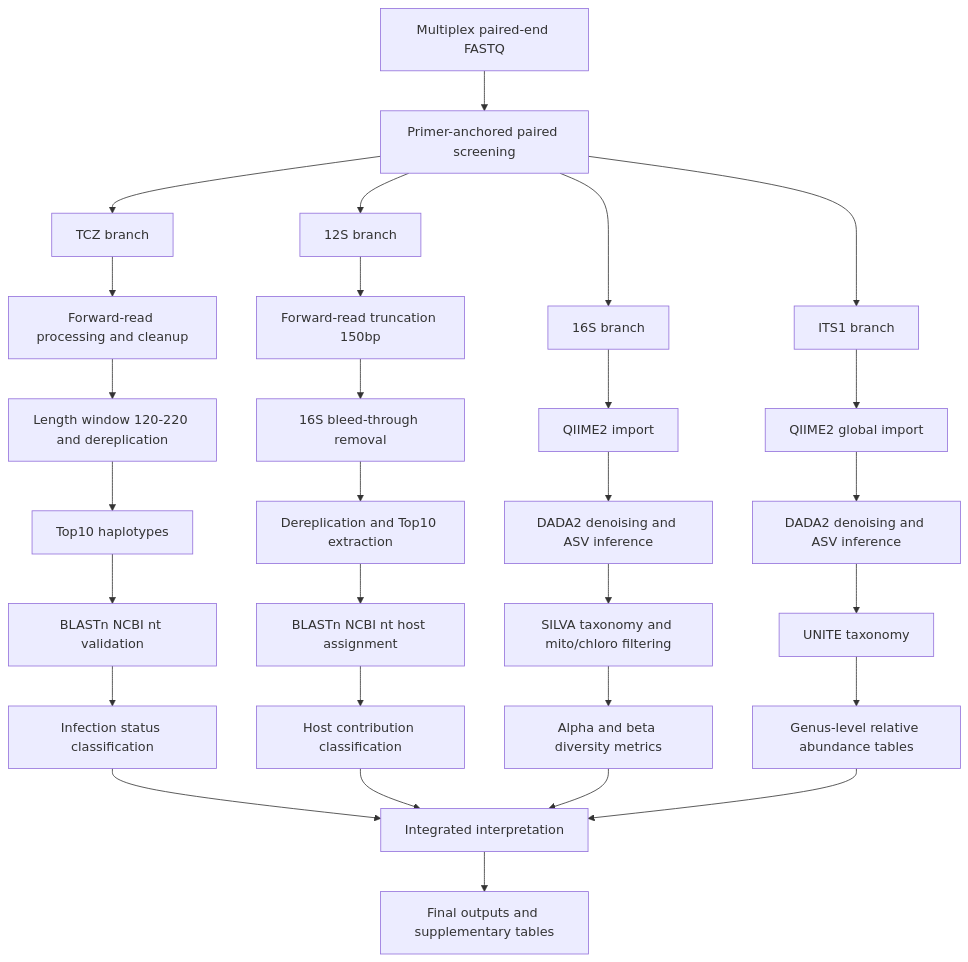
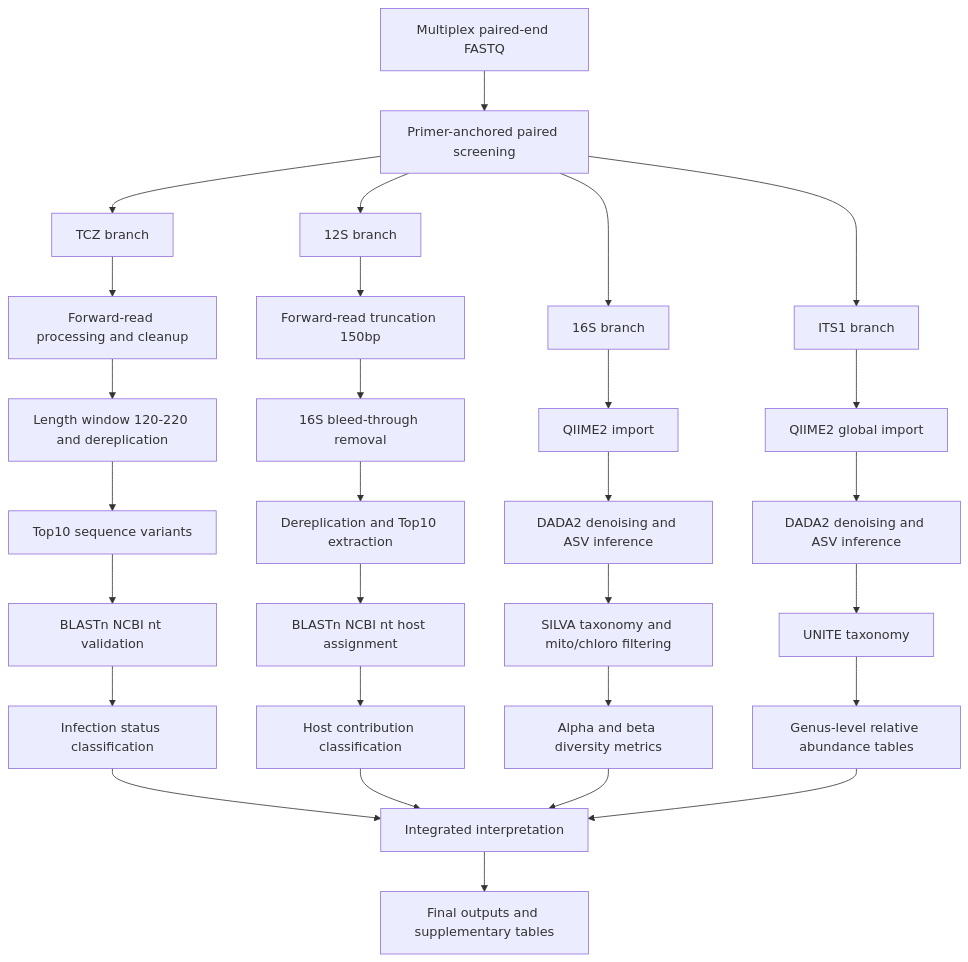
The diagram in README.md (waldeyr/integrative_metabarcoding_triatoma_costalimai), drawn with Mermaid before and after one commit. The commit also changed other lines of this file, not shown here.

Commit message:
docs: rename haplotypes to sequence variants in README

````diff
--- a/README.md
+++ b/README.md
@@ -124,36 +124,36 @@
 ```mermaid
 flowchart TD
     inputFastq[Multiplex paired-end FASTQ] --> primerScreen[Primer-anchored paired screening]
     primerScreen --> branchTCZ[TCZ branch]
     primerScreen --> branch12S[12S branch]
     primerScreen --> branch16S[16S branch]
     primerScreen --> branchITS1[ITS1 branch]
 
     branchTCZ --> tczForward[Forward-read processing and cleanup]
     tczForward --> tczDerep[Length window 120-220 and dereplication]
-    tczDerep --> tczTop10[Top10 haplotypes]
+    tczDerep --> tczTop10[Top10 sequence variants]
     tczTop10 --> tczBlast[BLASTn NCBI nt validation]
     tczBlast --> tczClass[Infection status classification]
 
     branch12S --> v12sForward[Forward-read truncation 150bp]
     v12sForward --> v12sClean[16S bleed-through removal]
     v12sClean --> v12sDerep[Dereplication and Top10 extraction]
     v12sDerep --> v12sBlast[BLASTn NCBI nt host assignment]
     v12sBlast --> v12sClass[Host contribution classification]
 
     branch16S --> s16Import[QIIME2 import]
     s16Import --> s16Dada2[DADA2 denoising and ASV inference]
     s16Dada2 --> s16Tax[SILVA taxonomy and mito/chloro filtering]
     s16Tax --> s16Diversity[Alpha and beta diversity metrics]
 
     branchITS1 --> itsImport[QIIME2 global import]
     itsImport --> itsDada2[DADA2 denoising and ASV inference]
     itsDada2 --> itsTax[UNITE taxonomy]
     itsTax --> itsGenus[Genus-level relative abundance tables]
 
     tczClass --> integration[Integrated interpretation]
     v12sClass --> integration
     s16Diversity --> integration
     itsGenus --> integration
     integration --> finalOutputs[Final outputs and supplementary tables]
 ```
````
